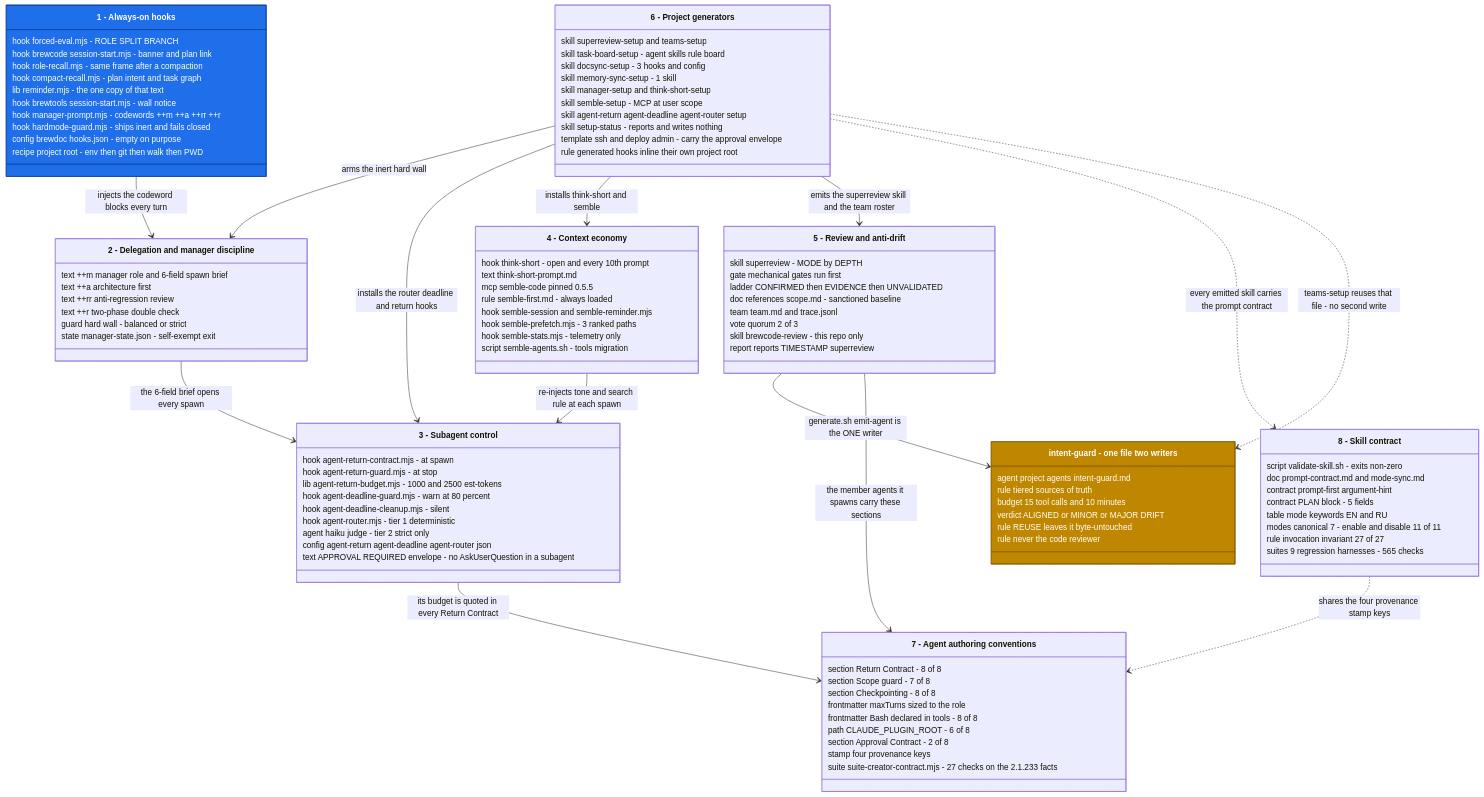
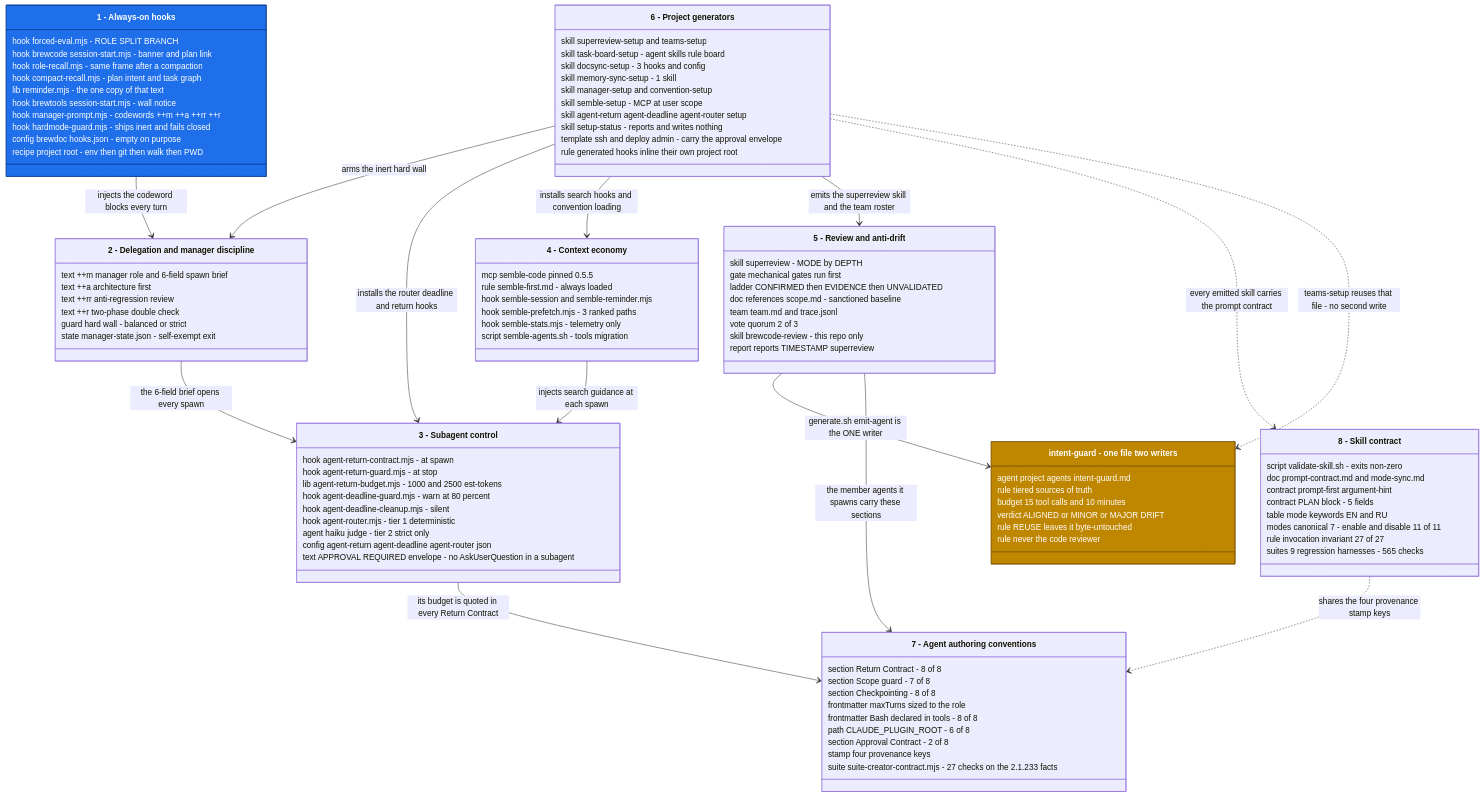
One commit to kochetkov-ma/claude-brewcode changed the first of 2 diagrams in APPROACHES.md. Above: the diagram before and after it, drawn with Mermaid. The commit also changed other lines of this file and 442 other files, not shown here.

```diff
--- a/APPROACHES.md
+++ b/APPROACHES.md
@@ -85,8 +85,6 @@
   }
 
   class S4["4 - Context economy"] {
-    hook think-short - open and every 10th prompt
-    text think-short-prompt.md
     mcp semble-code pinned 0.5.5
     rule semble-first.md - always loaded
     hook semble-session and semble-reminder.mjs
@@ -111,7 +109,7 @@
     skill task-board-setup - agent skills rule board
     skill docsync-setup - 3 hooks and config
     skill memory-sync-setup - 1 skill
-    skill manager-setup and think-short-setup
+    skill manager-setup and convention-setup
     skill semble-setup - MCP at user scope
     skill agent-return agent-deadline agent-router setup
     skill setup-status - reports and writes nothing
@@ -154,14 +152,14 @@
   S1 --> S2 : injects the codeword blocks every turn
   S6 --> S2 : arms the inert hard wall
   S6 --> S3 : installs the router deadline and return hooks
-  S6 --> S4 : installs think-short and semble
+  S6 --> S4 : installs search hooks and convention loading
   S6 --> S5 : emits the superreview skill and the team roster
   S6 ..> S8 : every emitted skill carries the prompt contract
   S6 ..> IG : teams-setup reuses that file - no second write
   S5 --> IG : generate.sh emit-agent is the ONE writer
   S5 --> S7 : the member agents it spawns carry these sections
   S2 --> S3 : the 6-field brief opens every spawn
-  S4 --> S3 : re-injects tone and search rule at each spawn
+  S4 --> S3 : injects search guidance at each spawn
   S3 --> S7 : its budget is quoted in every Return Contract
   S8 ..> S7 : shares the four provenance stamp keys
 
```
